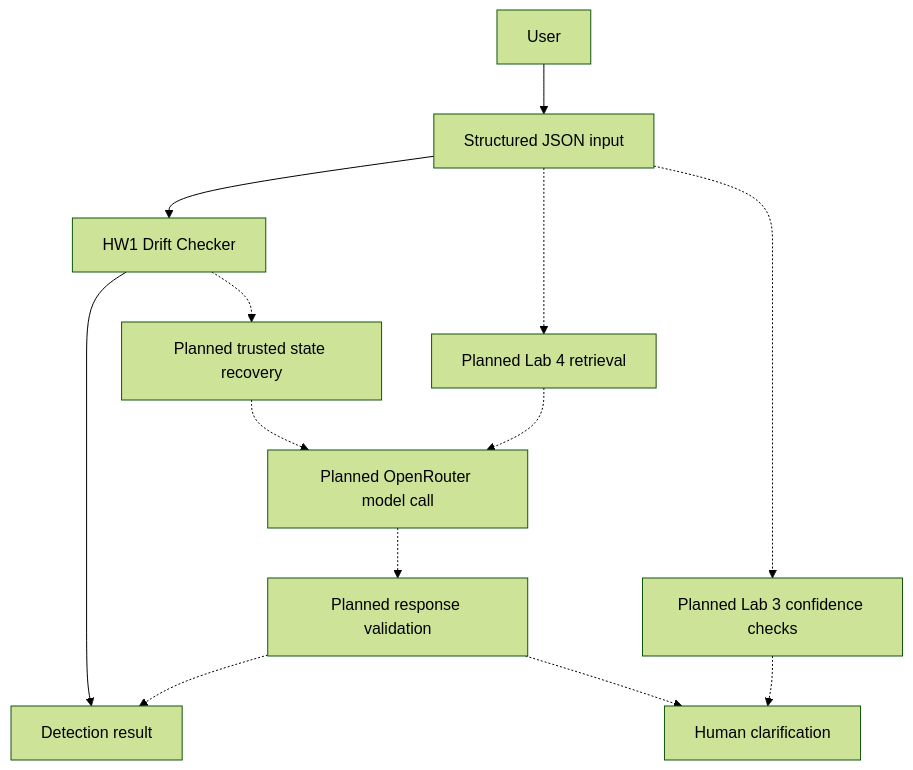
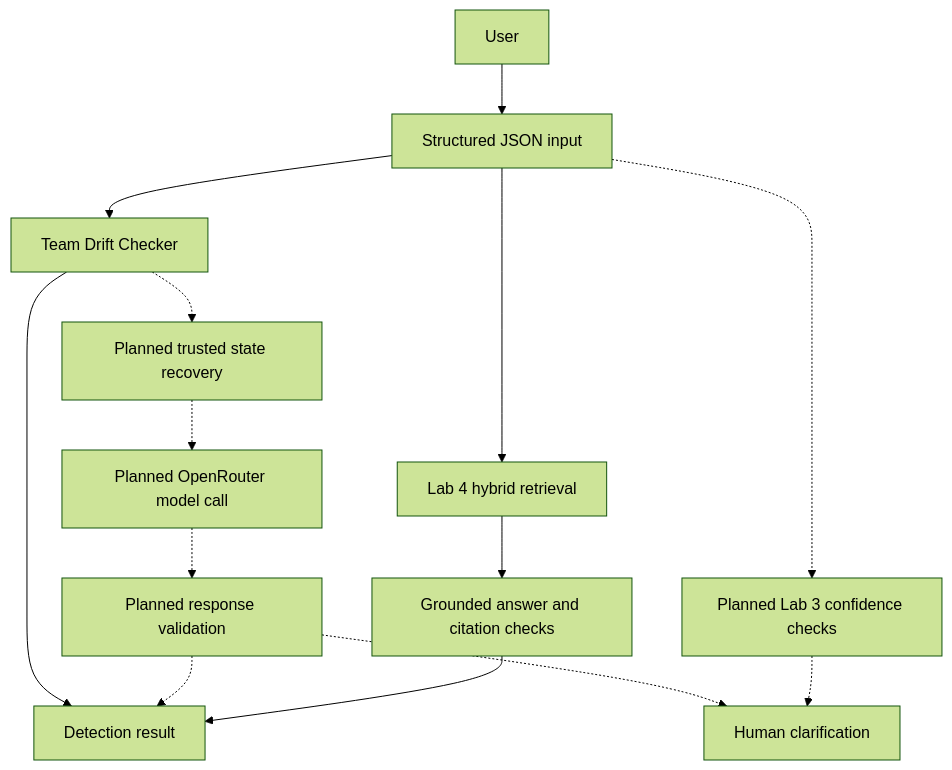
Before and after one commit to anaBalukha/Blue_Whale: the diagram in docs/DESIGN-REVIEW.md, drawn with Mermaid (forest theme). The commit also changed other lines of this file, not shown here.

Commit message:
Update Design Review with verified Lab 2 and Lab 4 evidence

````diff
--- a/docs/DESIGN-REVIEW.md
+++ b/docs/DESIGN-REVIEW.md
@@ -45,15 +45,16 @@
 ```mermaid
 flowchart TD
     U[User] --> J[Structured JSON input]
-    J --> D[HW1 Drift Checker]
+    J --> D[Team Drift Checker]
     D --> O[Detection result]
     D -.-> S[Planned trusted state recovery]
     S -.-> M[Planned OpenRouter model call]
     M -.-> V[Planned response validation]
     V -.-> O
     V -.-> H[Human clarification]
-    J -.-> R[Planned Lab 4 retrieval]
-    R -.-> M
+    J --> R[Lab 4 hybrid retrieval]
+    R --> A[Grounded answer and citation checks]
+    A --> O
     J -.-> C[Planned Lab 3 confidence checks]
     C -.-> H
 ```
````
